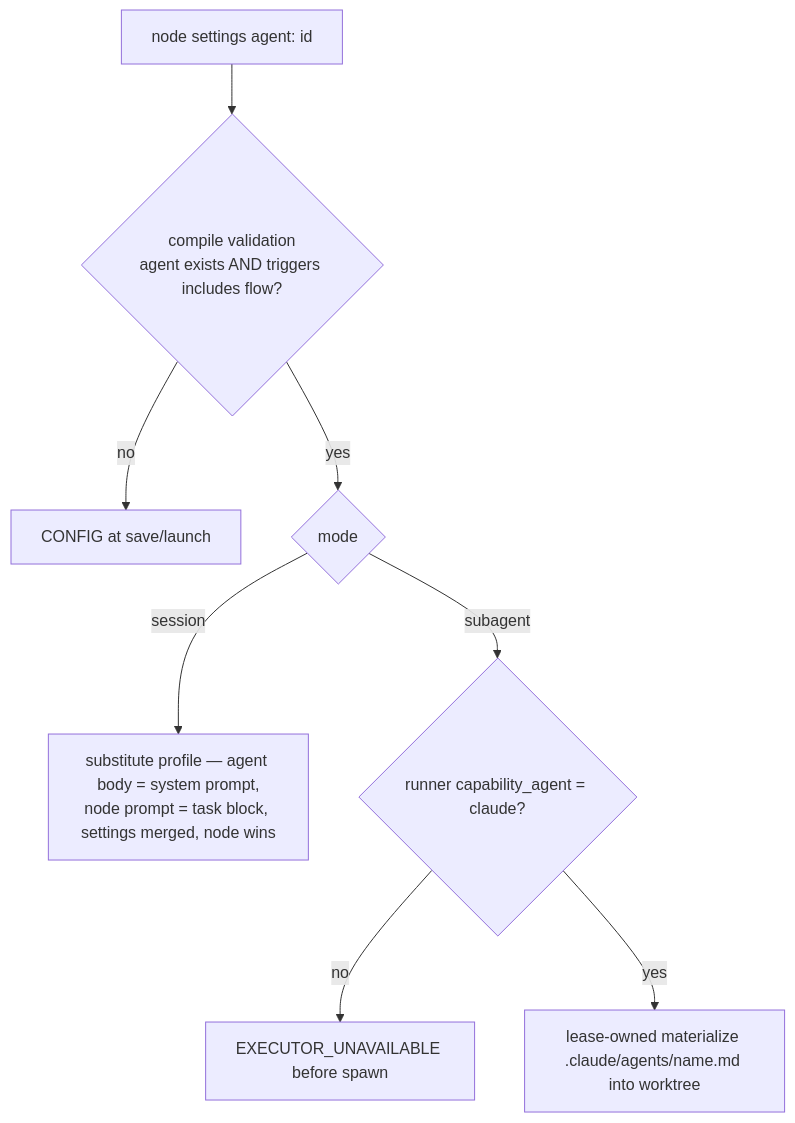
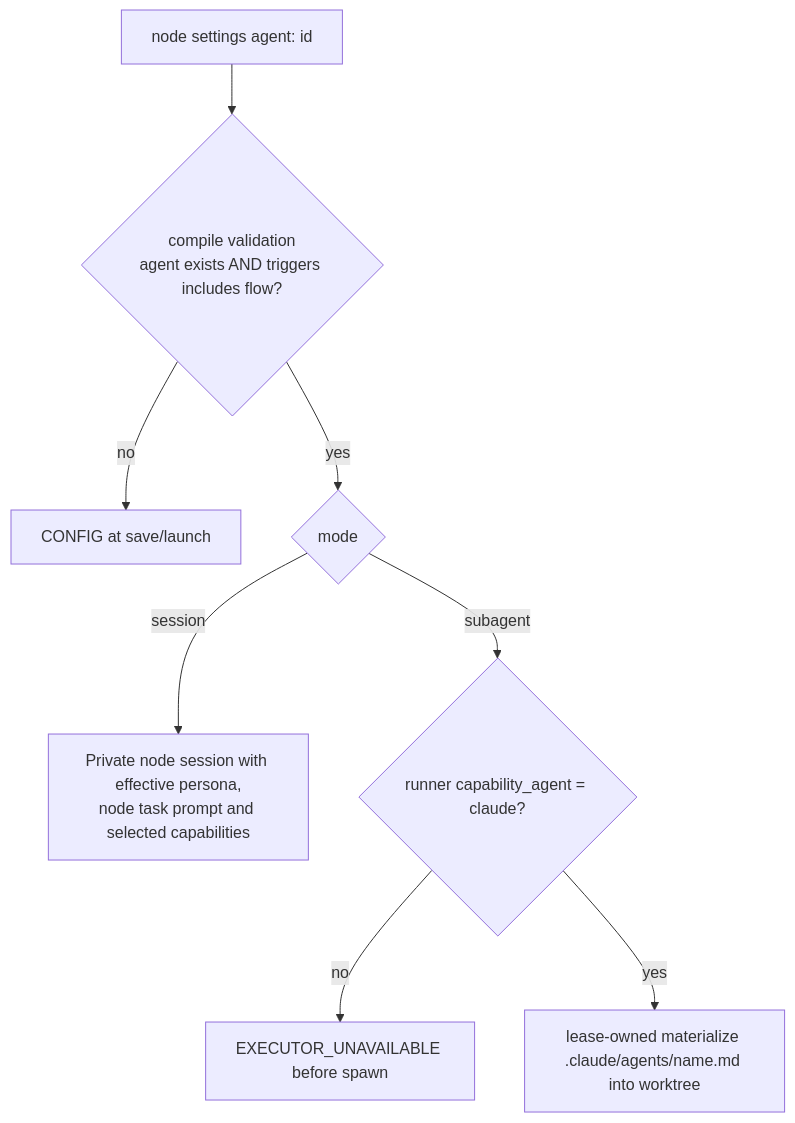
The seventh of 14 diagrams in docs/system-analytics/agents.md (maister-dev/maister), drawn with Mermaid before and after one commit. The commit also changed other lines of this file and 9 other files, not shown here.

````diff
--- a/docs/system-analytics/agents.md
+++ b/docs/system-analytics/agents.md
@@ -417,10 +418,10 @@
 ```mermaid
 flowchart TD
     N[node settings agent: id] --> V{compile validation<br/>agent exists AND triggers includes flow?}
     V -- no --> C[CONFIG at save/launch]
     V -- yes --> M{mode}
-    M -- session --> S[substitute profile — agent body = system prompt,<br/>node prompt = task block, settings merged, node wins]
+    M -- session --> S[Private node session with effective persona,<br/>node task prompt and selected capabilities]
     M -- subagent --> K{runner capability_agent = claude?}
     K -- no --> EU[EXECUTOR_UNAVAILABLE before spawn]
     K -- yes --> W[lease-owned materialize .claude/agents/name.md into worktree]
 ```
````
